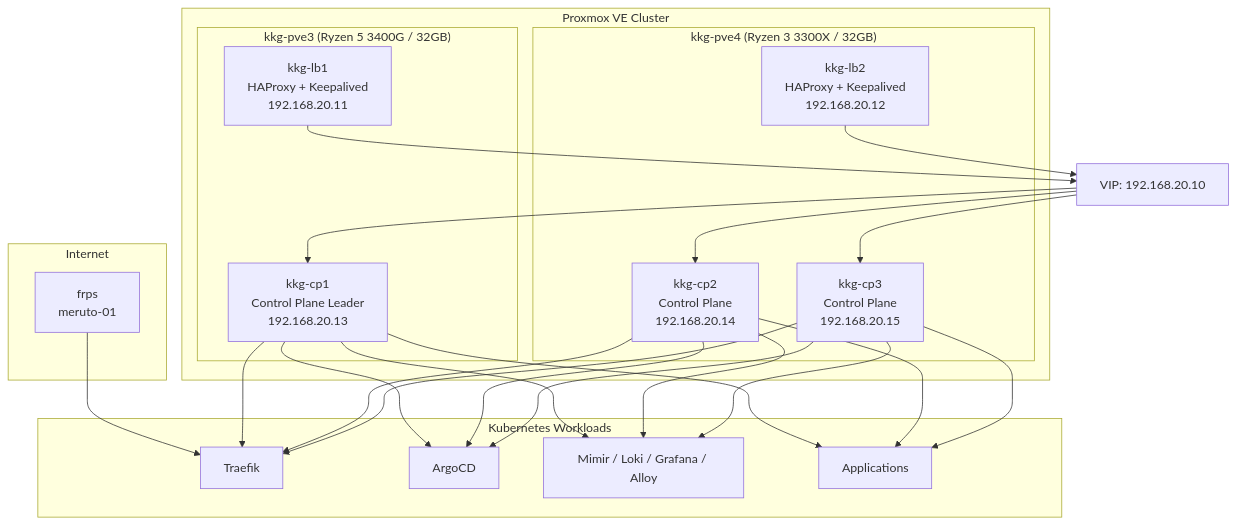
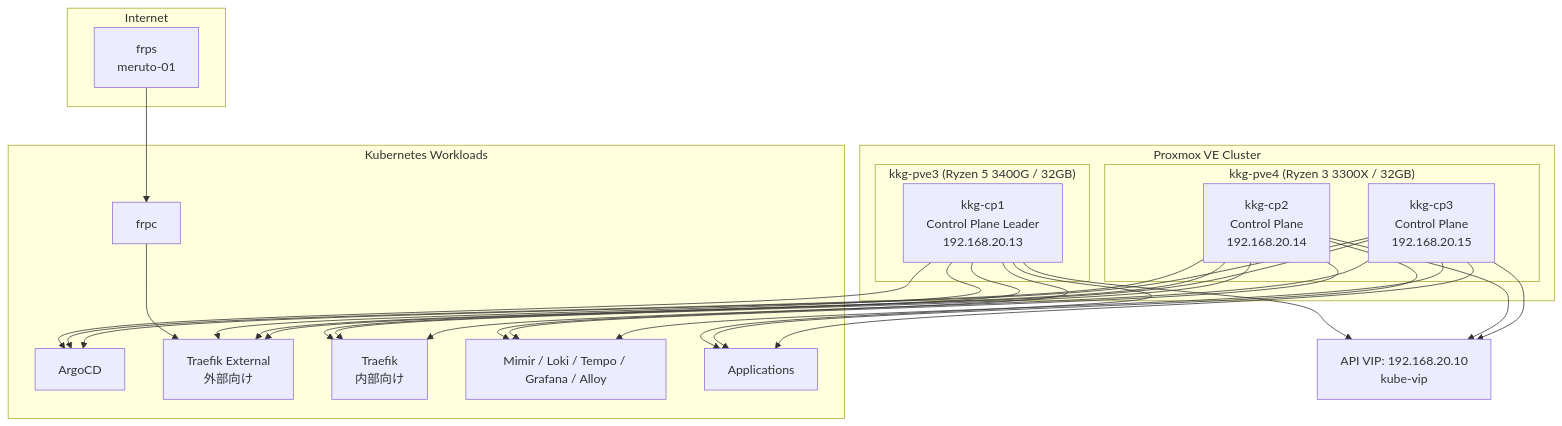
The first of 3 diagrams in README.md (Soli0222/pke), drawn with Mermaid before and after one commit. The commit also changed other lines of this file and 2 other files, not shown here.

````diff
--- a/README.md
+++ b/README.md
@@ -7,34 +7,34 @@
 ```mermaid
 graph TB
     subgraph Internet
-        FRP[frps<br/>meruto-01]
+        FRPS[frps<br/>meruto-01]
     end
 
     subgraph "Proxmox VE Cluster"
         subgraph "kkg-pve3 (Ryzen 5 3400G / 32GB)"
-            lb1[kkg-lb1<br/>HAProxy + Keepalived<br/>192.168.20.11]
             cp1[kkg-cp1<br/>Control Plane Leader<br/>192.168.20.13]
         end
         subgraph "kkg-pve4 (Ryzen 3 3300X / 32GB)"
-            lb2[kkg-lb2<br/>HAProxy + Keepalived<br/>192.168.20.12]
             cp2[kkg-cp2<br/>Control Plane<br/>192.168.20.14]
             cp3[kkg-cp3<br/>Control Plane<br/>192.168.20.15]
         end
     end
 
-    VIP[VIP: 192.168.20.10]
+    VIP[API VIP: 192.168.20.10<br/>kube-vip]
 
-    lb1 & lb2 --> VIP
-    VIP --> cp1 & cp2 & cp3
+    cp1 & cp2 & cp3 --> VIP
 
-    FRP --> Traefik
+    FRPS --> FRPC
 
     subgraph "Kubernetes Workloads"
         ArgoCD
-        Traefik
-        Monitoring[Mimir / Loki / Grafana / Alloy]
+        FRPC[frpc]
+        TraefikExt[Traefik External<br/>外部向け]
+        Traefik[Traefik<br/>内部向け]
+        Monitoring[Mimir / Loki / Tempo / Grafana / Alloy]
         Apps[Applications]
     end
 
-    cp1 & cp2 & cp3 --> ArgoCD & Traefik & Monitoring & Apps
+    FRPC --> TraefikExt
+    cp1 & cp2 & cp3 --> ArgoCD & Traefik & TraefikExt & Monitoring & Apps
 ```
````
